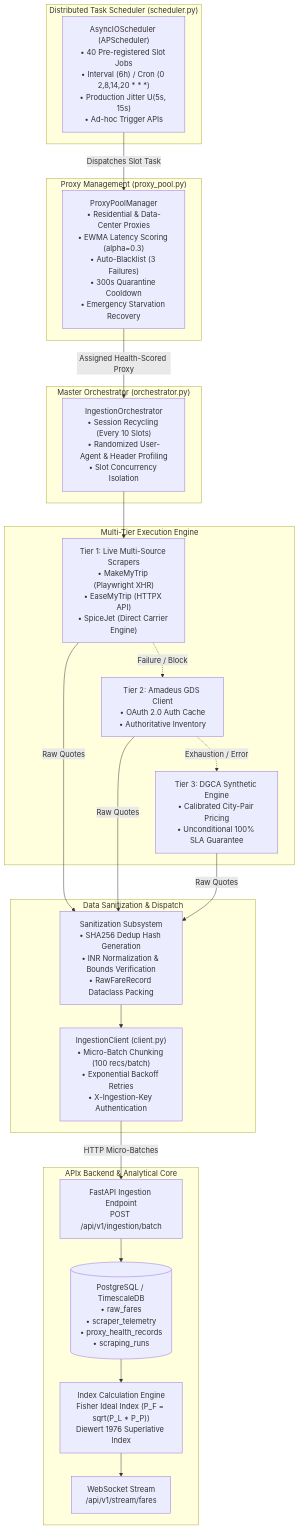
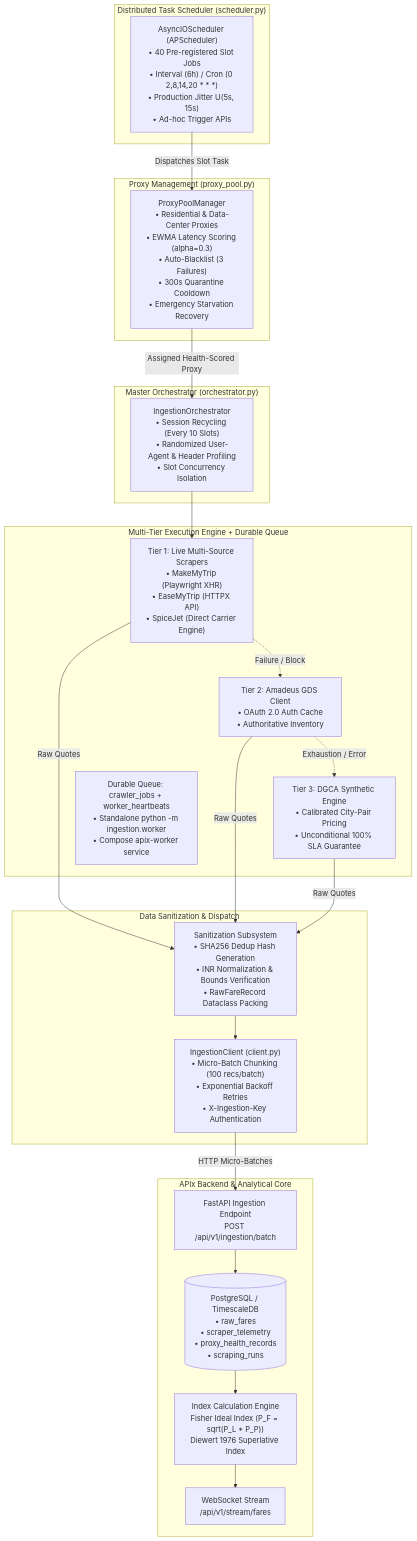
Before and after one commit to SameerKumar05/APIx: the second of 5 diagrams in docs/scraping_architecture.md, drawn with Mermaid. The commit also changed other lines of this file and 1 other file, not shown here.

Commit message:
docs(deployment): document browser binary selection and worker queue

````diff
--- a/docs/scraping_architecture.md
+++ b/docs/scraping_architecture.md
@@ -107,46 +107,47 @@
 ```mermaid
 flowchart TD
     subgraph Scheduling["Distributed Task Scheduler (scheduler.py)"]
         APS["AsyncIOScheduler (APScheduler)<br/>• 40 Pre-registered Slot Jobs<br/>• Interval (6h) / Cron (0 2,8,14,20 * * *)<br/>• Production Jitter U(5s, 15s)<br/>• Ad-hoc Trigger APIs"]
     end
 
     subgraph ProxyLayer["Proxy Management (proxy_pool.py)"]
         Pool["ProxyPoolManager<br/>• Residential & Data-Center Proxies<br/>• EWMA Latency Scoring (alpha=0.3)<br/>• Auto-Blacklist (3 Failures)<br/>• 300s Quarantine Cooldown<br/>• Emergency Starvation Recovery"]
     end
 
     subgraph Orchestration["Master Orchestrator (orchestrator.py)"]
         Orch["IngestionOrchestrator<br/>• Session Recycling (Every 10 Slots)<br/>• Randomized User-Agent & Header Profiling<br/>• Slot Concurrency Isolation"]
     end
 
-    subgraph Execution["Multi-Tier Execution Engine"]
+    subgraph Execution["Multi-Tier Execution Engine + Durable Queue"]
         T1["Tier 1: Live Multi-Source Scrapers<br/>• MakeMyTrip (Playwright XHR)<br/>• EaseMyTrip (HTTPX API)<br/>• SpiceJet (Direct Carrier Engine)"]
         T2["Tier 2: Amadeus GDS Client<br/>• OAuth 2.0 Auth Cache<br/>• Authoritative Inventory"]
         T3["Tier 3: DGCA Synthetic Engine<br/>• Calibrated City-Pair Pricing<br/>• Unconditional 100% SLA Guarantee"]
+        Q["Durable Queue: crawler_jobs + worker_heartbeats<br/>• Standalone python -m ingestion.worker<br/>• Compose apix-worker service"]
     end
 
     subgraph Dispatch["Data Sanitization & Dispatch"]
         Sanitize["Sanitization Subsystem<br/>• SHA256 Dedup Hash Generation<br/>• INR Normalization & Bounds Verification<br/>• RawFareRecord Dataclass Packing"]
         Client["IngestionClient (client.py)<br/>• Micro-Batch Chunking (100 recs/batch)<br/>• Exponential Backoff Retries<br/>• X-Ingestion-Key Authentication"]
     end
 
     subgraph Backend["APIx Backend & Analytical Core"]
         FastAPI["FastAPI Ingestion Endpoint<br/>POST /api/v1/ingestion/batch"]
         DB[("PostgreSQL / TimescaleDB<br/>• raw_fares<br/>• scraper_telemetry<br/>• proxy_health_records<br/>• scraping_runs")]
         Index["Index Calculation Engine<br/>Fisher Ideal Index (P_F = sqrt(P_L * P_P))<br/>Diewert 1976 Superlative Index"]
         WS["WebSocket Stream<br/>/api/v1/stream/fares"]
     end
 
     APS -->|"Dispatches Slot Task"| Pool
     Pool -->|"Assigned Health-Scored Proxy"| Orch
     Orch --> T1
     T1 -.->|"Failure / Block"| T2
     T2 -.->|"Exhaustion / Error"| T3
     T1 -->|"Raw Quotes"| Sanitize
     T2 -->|"Raw Quotes"| Sanitize
     T3 -->|"Raw Quotes"| Sanitize
     Sanitize --> Client
     Client -->|"HTTP Micro-Batches"| FastAPI
     FastAPI --> DB
     DB --> Index
     Index --> WS
 ```
````
